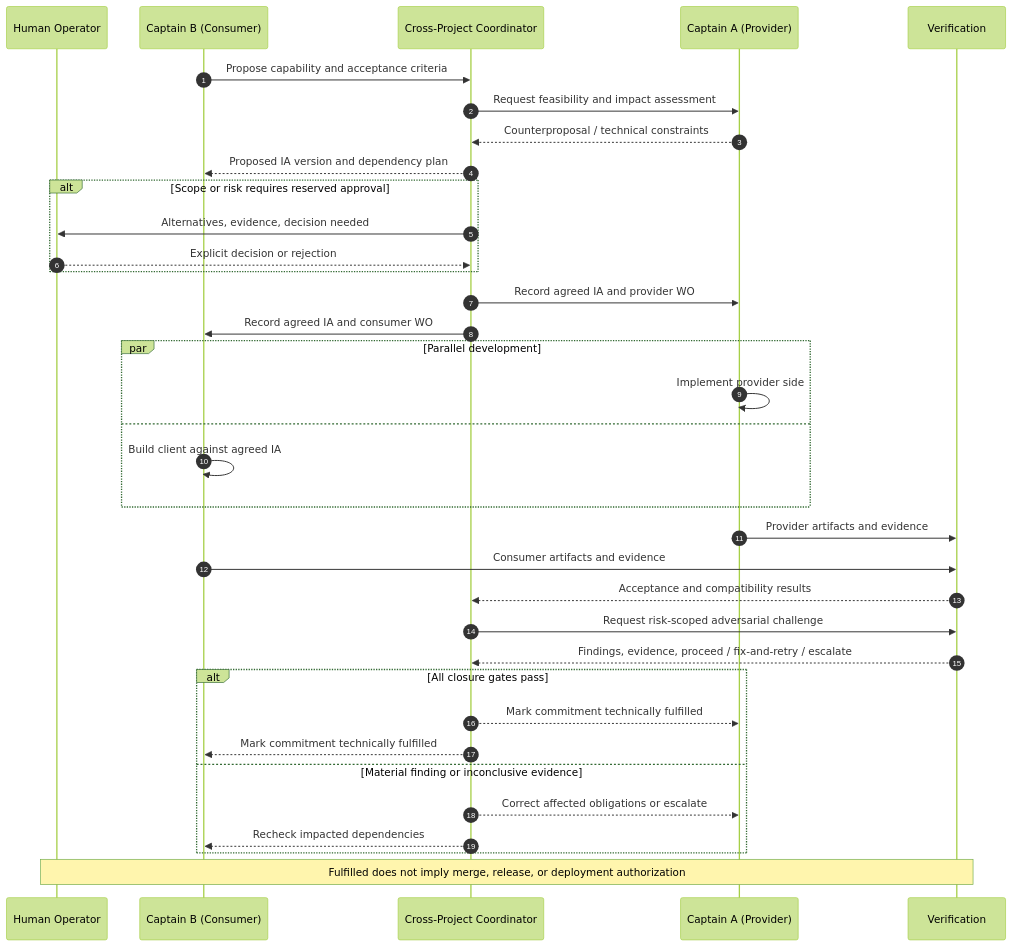
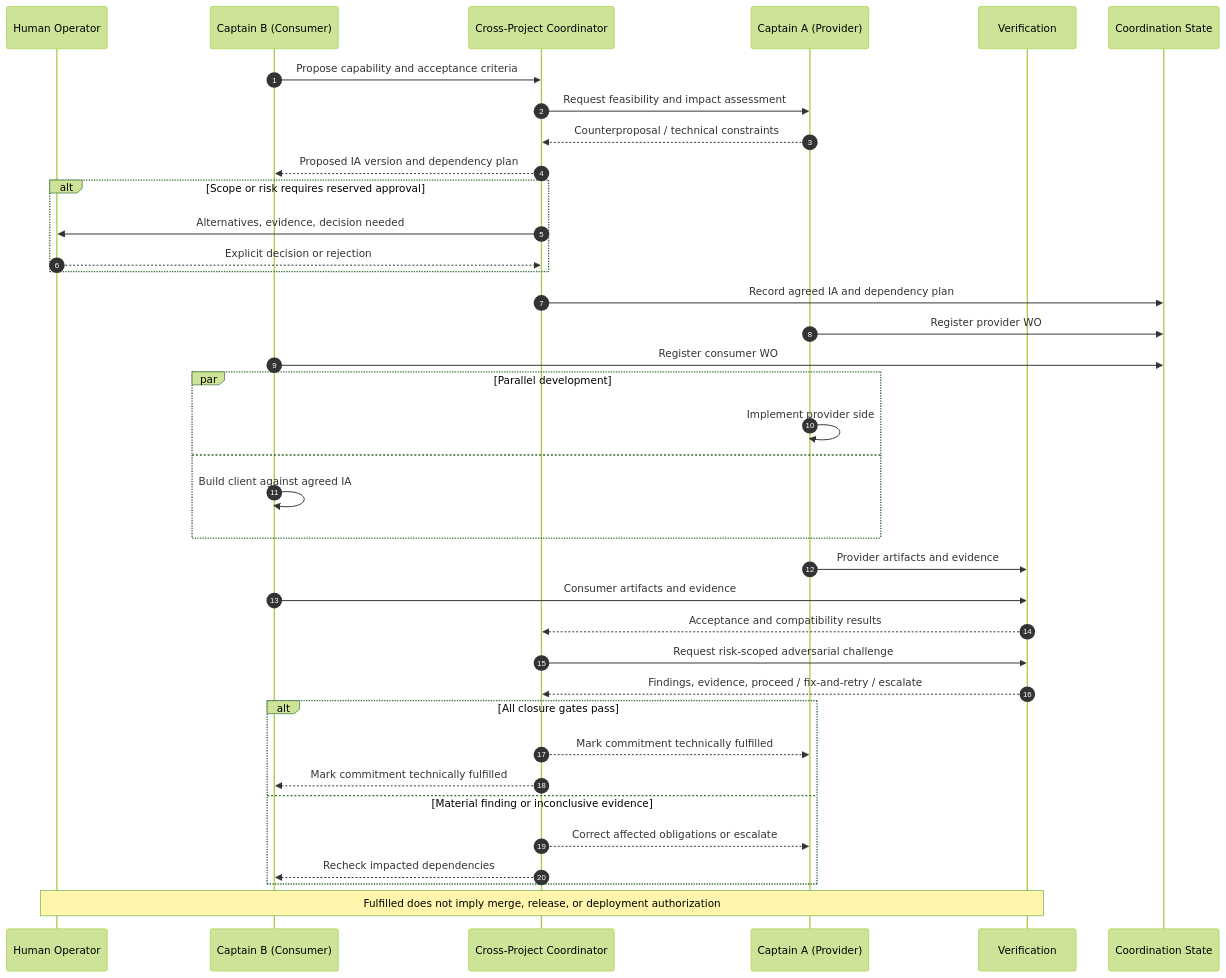
The fourth of 6 diagrams in docs/proposals/PROP-014-contrato-coordinacion-multi-proyecto.md (kristhianmanue1/skevi), drawn with Mermaid (forest theme) before and after one commit. The commit also changed other lines of this file, not shown here.

Commit message:
docs(PROP-014): contrato v0.3.0-candidata - Rule A5, AR2 reuso inspeccionable, 7.2 proporcionalidad, E3, L3/L4, recuperacion 8, tres planos, renuncia acotada; 6/6 mermaid VALID

````diff
--- a/docs/proposals/PROP-014-contrato-coordinacion-multi-proyecto.md
+++ b/docs/proposals/PROP-014-contrato-coordinacion-multi-proyecto.md
@@ -247,37 +245,39 @@
 ```mermaid
 sequenceDiagram
     autonumber
     participant O as Human Operator
     participant B as Captain B (Consumer)
     participant C as Cross-Project Coordinator
     participant A as Captain A (Provider)
     participant V as Verification
+    participant S as Coordination State
     B->>C: Propose capability and acceptance criteria
     C->>A: Request feasibility and impact assessment
     A-->>C: Counterproposal / technical constraints
     C-->>B: Proposed IA version and dependency plan
     alt Scope or risk requires reserved approval
         C->>O: Alternatives, evidence, decision needed
         O-->>C: Explicit decision or rejection
     end
-    C->>A: Record agreed IA and provider WO
-    C->>B: Record agreed IA and consumer WO
+    C->>S: Record agreed IA and dependency plan
+    A->>S: Register provider WO
+    B->>S: Register consumer WO
     par Parallel development
         A->>A: Implement provider side
     and
         B->>B: Build client against agreed IA
     end
     A->>V: Provider artifacts and evidence
     B->>V: Consumer artifacts and evidence
     V-->>C: Acceptance and compatibility results
     C->>V: Request risk-scoped adversarial challenge
     V-->>C: Findings, evidence, proceed / fix-and-retry / escalate
     alt All closure gates pass
         C-->>A: Mark commitment technically fulfilled
         C-->>B: Mark commitment technically fulfilled
     else Material finding or inconclusive evidence
         C-->>A: Correct affected obligations or escalate
         C-->>B: Recheck impacted dependencies
     end
     Note over O,V: Fulfilled does not imply merge, release, or deployment authorization
 ```
````
